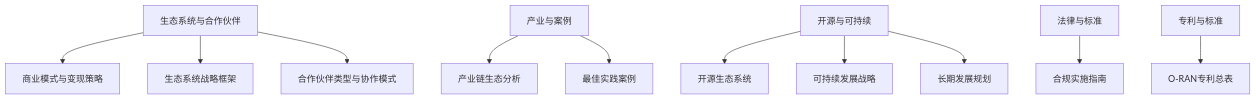
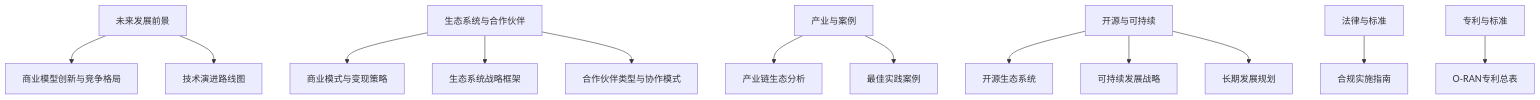
The first of 8 diagrams in .qoder/repowiki/zh/content/生态合作/商业模式创新.md (allengaller/oran-database), drawn with Mermaid before and after one commit. The commit also changed other lines of this file and 32 other files, not shown here.

````diff
--- a/.qoder/repowiki/zh/content/生态合作/商业模式创新.md
+++ b/.qoder/repowiki/zh/content/生态合作/商业模式创新.md
@@ -42,13 +52,15 @@
 ```mermaid
 graph TB
-A["生态系统与合作伙伴"] --> A1["商业模式与变现策略"]
-A --> A2["生态系统战略框架"]
-A --> A3["合作伙伴类型与协作模式"]
-B["产业与案例"] --> B1["产业链生态分析"]
-B --> B2["最佳实践案例"]
-C["开源与可持续"] --> C1["开源生态系统"]
-C --> C2["可持续发展战略"]
-C --> C3["长期发展规划"]
-D["法律与标准"] --> D1["合规实施指南"]
-E["专利与标准"] --> E1["O-RAN专利总表"]
+A["未来发展前景"] --> A1["商业模型创新与竞争格局"]
+A --> A2["技术演进路线图"]
+B["生态系统与合作伙伴"] --> B1["商业模式与变现策略"]
+B --> B2["生态系统战略框架"]
+B --> B3["合作伙伴类型与协作模式"]
+C["产业与案例"] --> C1["产业链生态分析"]
+C --> C2["最佳实践案例"]
+D["开源与可持续"] --> D1["开源生态系统"]
+D --> D2["可持续发展战略"]
+D --> D3["长期发展规划"]
+E["法律与标准"] --> E1["合规实施指南"]
+F["专利与标准"] --> F1["O-RAN专利总表"]
 ```
````
